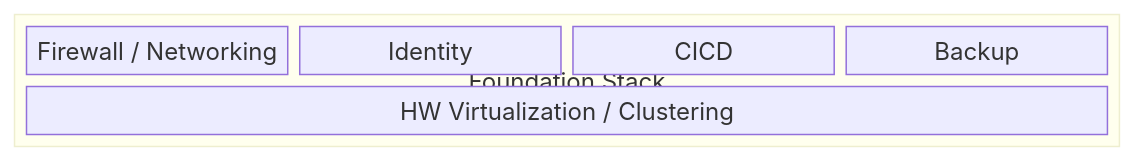
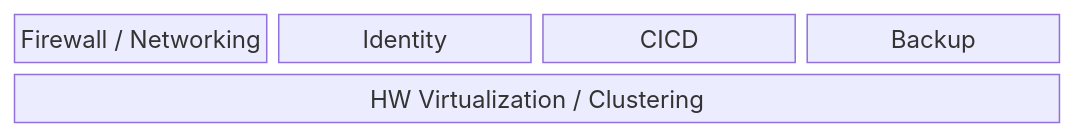
One commit to TAPPaaS/Documentation changed the second of 2 diagrams in docs/architecture/capabilities.md. Above: the diagram before and after it, drawn with Mermaid.

Commit message:
Simplify Foundation Stack diagram

````diff
--- a/docs/architecture/capabilities.md
+++ b/docs/architecture/capabilities.md
@@ -46,12 +46,9 @@
 ```mermaid
 block-beta
     columns 4
-    block:foundation["Foundation Stack"]:4
-        columns 4
-        fw["Firewall / Networking"]:1
-        id["Identity"]:1
-        cicd["CICD"]:1
-        backup["Backup"]:1
-        hw["HW Virtualization / Clustering"]:4
-    end
+    fw["Firewall / Networking"]:1
+    id["Identity"]:1
+    cicd["CICD"]:1
+    backup["Backup"]:1
+    hw["HW Virtualization / Clustering"]:4
 ```
````
